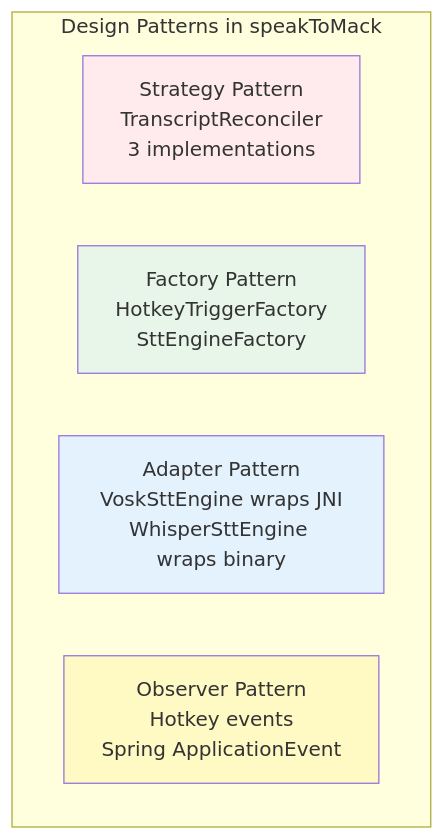
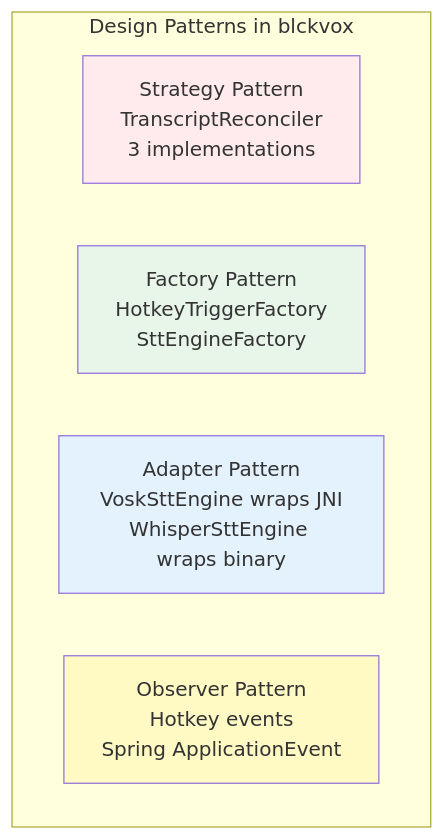
One commit to phillippitts/speakToMack changed the third of 4 diagrams in docs/diagrams/architecture-overview.md. Above: the diagram before and after it, drawn with Mermaid. The commit also changed other lines of this file and 482 other files, not shown here.

````diff
--- a/docs/diagrams/architecture-overview.md
+++ b/docs/diagrams/architecture-overview.md
@@ -56,14 +56,14 @@
 ```mermaid
 graph TD
-    subgraph Patterns["Design Patterns in speakToMack"]
+    subgraph Patterns["Design Patterns in blckvox"]
         Strategy[Strategy Pattern<br/>TranscriptReconciler<br/>3 implementations]
         Factory[Factory Pattern<br/>HotkeyTriggerFactory<br/>SttEngineFactory]
         Adapter[Adapter Pattern<br/>VoskSttEngine wraps JNI<br/>WhisperSttEngine wraps binary]
         Observer[Observer Pattern<br/>Hotkey events<br/>Spring ApplicationEvent]
     end
     
     style Strategy fill:#ffebee
     style Factory fill:#e8f5e9
     style Adapter fill:#e3f2fd
     style Observer fill:#fff9c4
 ```
````
